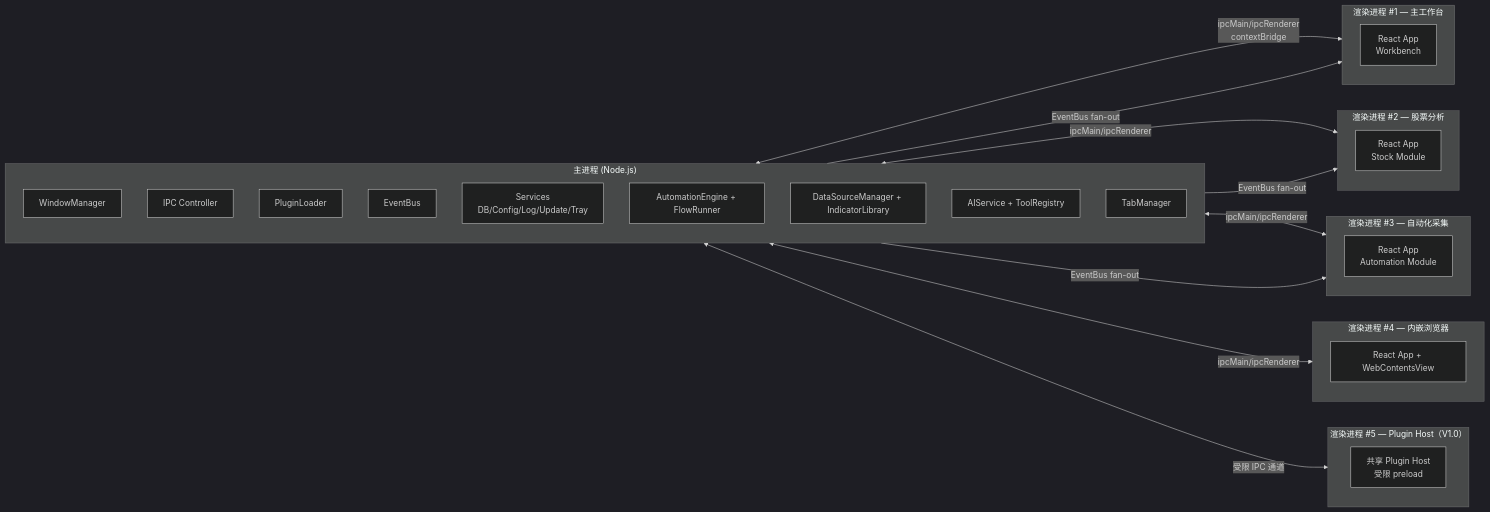
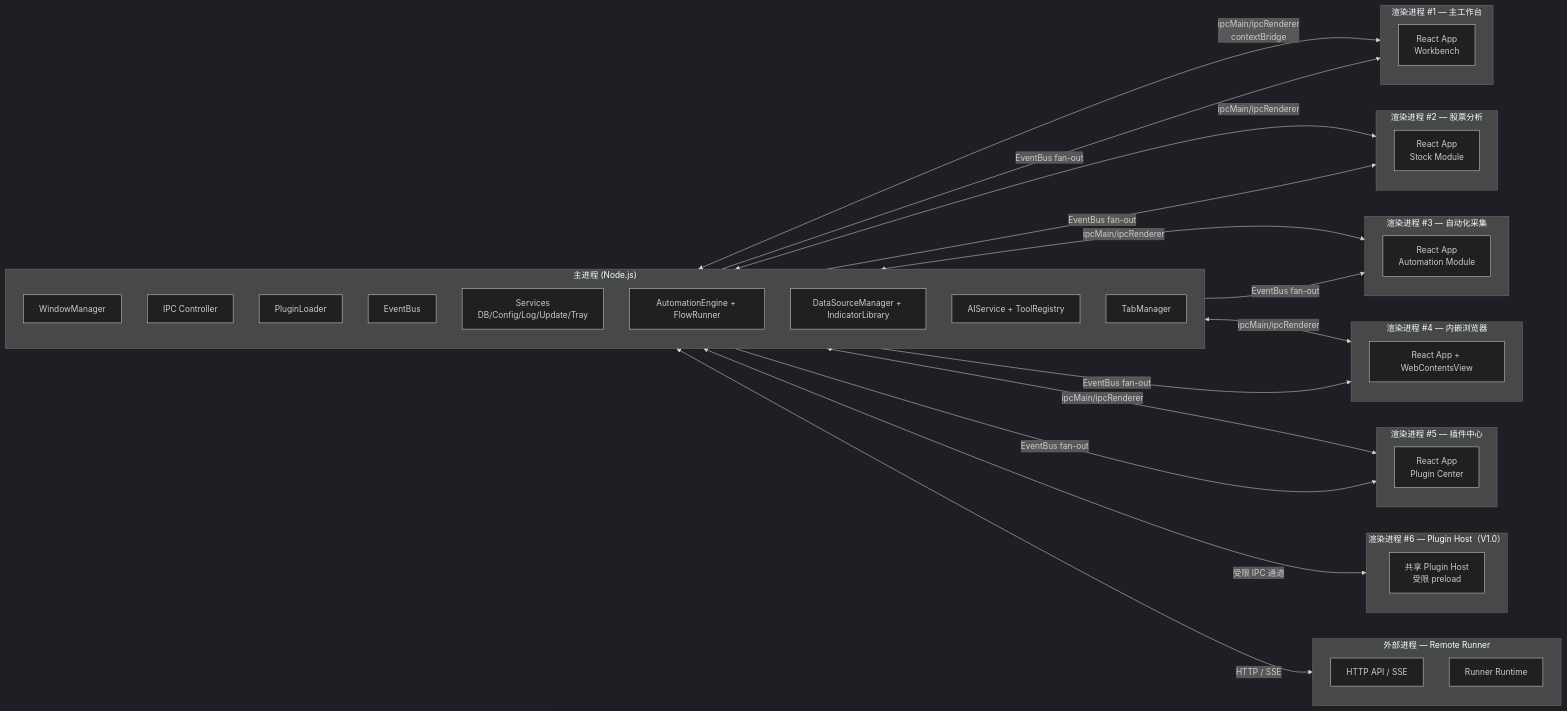
One commit to Oracle0703/yclaw changed the second of 10 diagrams in docs/architecture/architecture.md. Above: the diagram before and after it, drawn with Mermaid (dark theme). The commit also changed other lines of this file and 83 other files, not shown here.

````diff
--- a/docs/architecture/architecture.md
+++ b/docs/architecture/architecture.md
@@ -132,47 +138,60 @@
 ```mermaid
 graph LR
     subgraph MainProcess["主进程 (Node.js)"]
         direction TB
         M1[WindowManager]
         M2[IPC Controller]
         M3[PluginLoader]
         M4[EventBus]
         M5[Services<br/>DB/Config/Log/Update/Tray]
         M6[AutomationEngine + FlowRunner]
         M7[DataSourceManager + IndicatorLibrary]
         M8[AIService + ToolRegistry]
         M9[TabManager]
     end
 
     subgraph RendererProcess1["渲染进程 #1 — 主工作台"]
         R1[React App<br/>Workbench]
     end
 
     subgraph RendererProcess2["渲染进程 #2 — 股票分析"]
         R2[React App<br/>Stock Module]
     end
 
     subgraph RendererProcess3["渲染进程 #3 — 自动化采集"]
         R3[React App<br/>Automation Module]
     end
 
     subgraph RendererProcess4["渲染进程 #4 — 内嵌浏览器"]
         R4[React App + WebContentsView]
     end
 
-    subgraph PluginProcess["渲染进程 #5 — Plugin Host（V1.0）"]
+    subgraph RendererProcess5["渲染进程 #5 — 插件中心"]
+        R5[React App<br/>Plugin Center]
+    end
+
+    subgraph PluginProcess["渲染进程 #6 — Plugin Host（V1.0）"]
         P1[共享 Plugin Host<br/>受限 preload]
+    end
+
+    subgraph RemoteRunnerProcess["外部进程 — Remote Runner"]
+        RR1[HTTP API / SSE]
+        RR2[Runner Runtime]
     end
 
     %% IPC 通道
     MainProcess <-->|"ipcMain/ipcRenderer<br/>contextBridge"| RendererProcess1
     MainProcess <-->|"ipcMain/ipcRenderer"| RendererProcess2
     MainProcess <-->|"ipcMain/ipcRenderer"| RendererProcess3
     MainProcess <-->|"ipcMain/ipcRenderer"| RendererProcess4
+    MainProcess <-->|"ipcMain/ipcRenderer"| RendererProcess5
     MainProcess <-->|"受限 IPC 通道"| PluginProcess
+    MainProcess <-->|"HTTP / SSE"| RemoteRunnerProcess
 
     %% 渲染进程间统一经主进程转发
     MainProcess -->|"EventBus fan-out"| RendererProcess1
     MainProcess -->|"EventBus fan-out"| RendererProcess2
     MainProcess -->|"EventBus fan-out"| RendererProcess3
+    MainProcess -->|"EventBus fan-out"| RendererProcess4
+    MainProcess -->|"EventBus fan-out"| RendererProcess5
 ```
````
